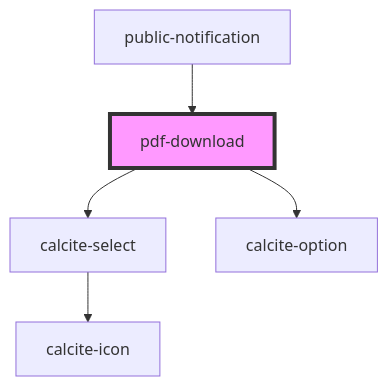
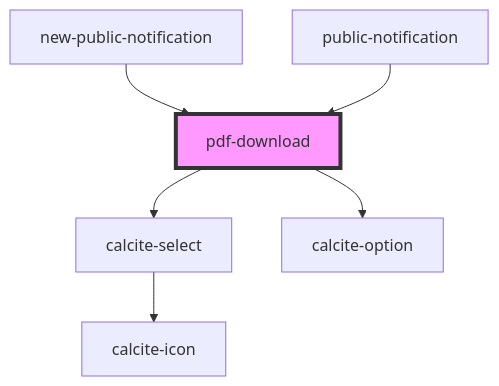
Before and after one commit to Esri/solutions-components: the diagram in src/components/pdf-download/readme.md, drawn with Mermaid. The commit also changed other lines of this file and 5 other files, not shown here.

````diff
--- a/src/components/pdf-download/readme.md
+++ b/src/components/pdf-download/readme.md
@@ -27,8 +28,9 @@
 ```mermaid
 graph TD;
   pdf-download --> calcite-select
   pdf-download --> calcite-option
   calcite-select --> calcite-icon
+  new-public-notification --> pdf-download
   public-notification --> pdf-download
   style pdf-download fill:#f9f,stroke:#333,stroke-width:4px
 ```
````
